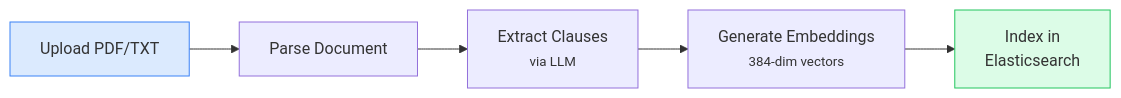
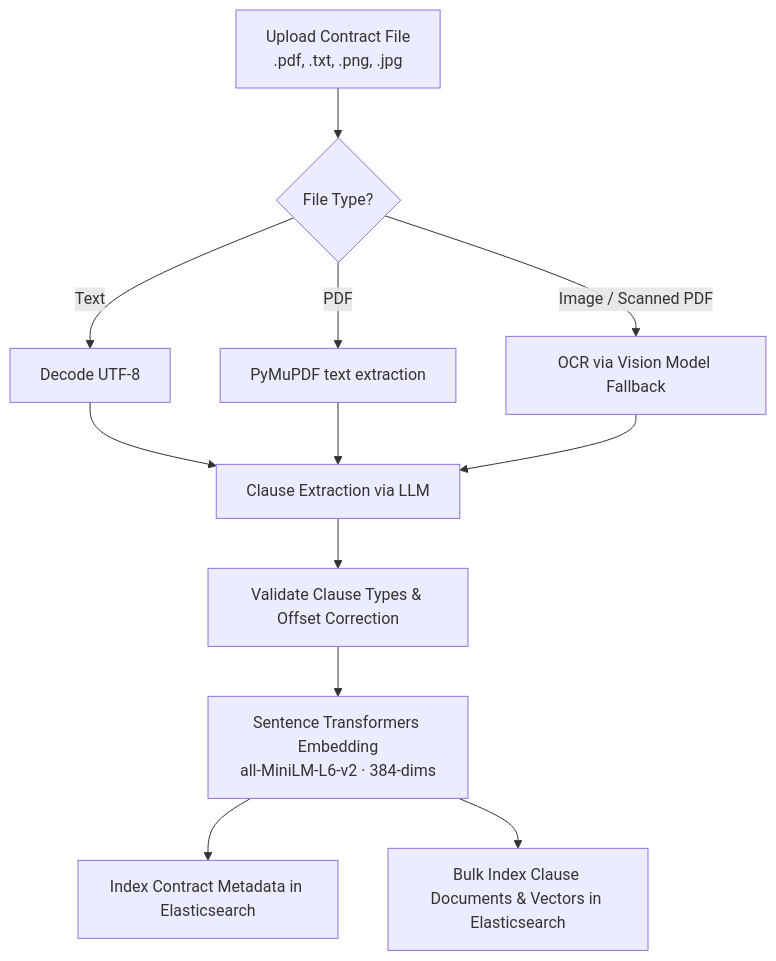
Before and after one commit to Liorohan10/ClauseGuard-main: the second of 3 diagrams in README.md, drawn with Mermaid. The commit also changed other lines of this file, not shown here.

````diff
--- a/README.md
+++ b/README.md
@@ -67,10 +76,14 @@
 ```mermaid
-flowchart LR
-    A[Upload PDF/TXT] --> B[Parse Document]
-    B --> C[Extract Clauses<br/><small>via LLM</small>]
-    C --> D[Generate Embeddings<br/><small>384-dim vectors</small>]
-    D --> E[Index in<br/>Elasticsearch]
-
-    style A fill:#dbeafe,stroke:#3b82f6
-    style E fill:#dcfce7,stroke:#22c55e
+flowchart TD
+    A[Upload Contract File<br/>.pdf, .txt, .png, .jpg] --> B{File Type?}
+    B -- "Text" --> C[Decode UTF-8]
+    B -- "PDF" --> D[PyMuPDF text extraction]
+    B -- "Image / Scanned PDF" --> E[OCR via Vision Model Fallback]
+    C --> F[Clause Extraction via LLM]
+    D --> F
+    E --> F
+    F --> G[Validate Clause Types & Offset Correction]
+    G --> H[Sentence Transformers Embedding<br/>all-MiniLM-L6-v2 · 384-dims]
+    H --> I[Index Contract Metadata in Elasticsearch]
+    H --> J[Bulk Index Clause Documents & Vectors in Elasticsearch]
 ```
````
